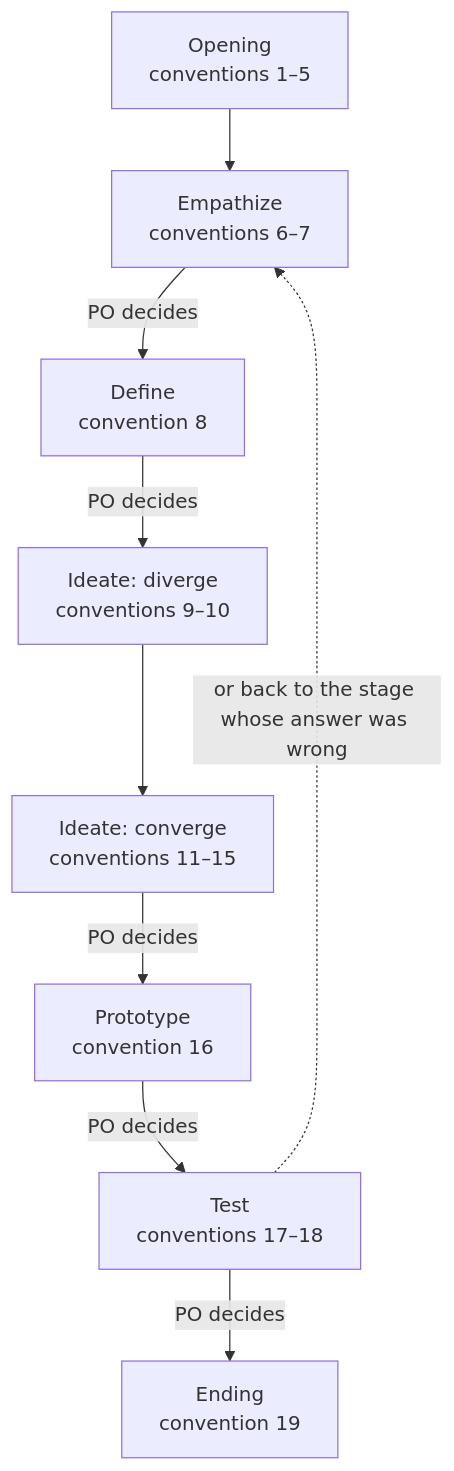
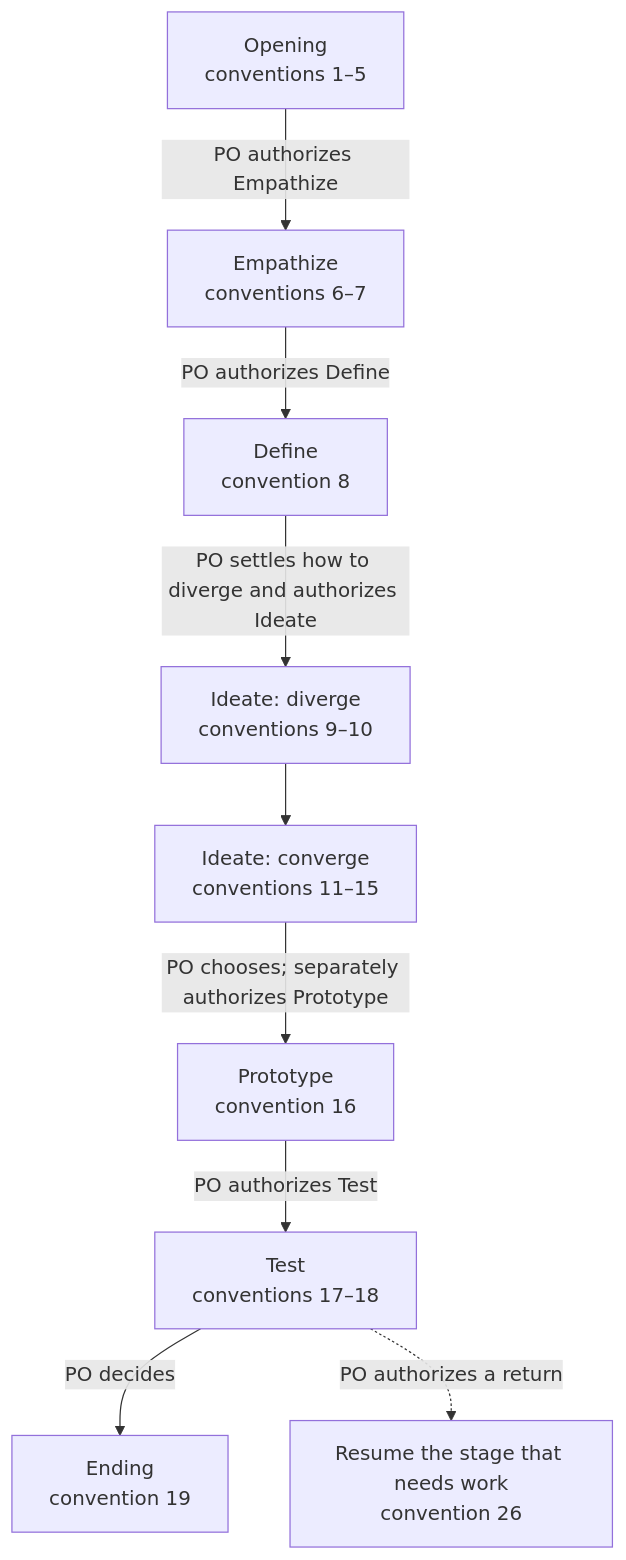
The diagram in plugins/ideo-scrum/skills/design-kernel/conventions/design-log.md (seapawn1/IDEO-Scrum), drawn with Mermaid before and after one commit. The commit also changed other lines of this file and 18 other files, not shown here.

````diff
--- a/plugins/ideo-scrum/skills/design-kernel/conventions/design-log.md
+++ b/plugins/ideo-scrum/skills/design-kernel/conventions/design-log.md
@@ -7,11 +7,11 @@
 ```mermaid
 flowchart TD
-    A["Opening<br/>conventions 1–5"] --> B["Empathize<br/>conventions 6–7"]
-    B -- "PO decides" --> C["Define<br/>convention 8"]
-    C -- "PO decides" --> D["Ideate: diverge<br/>conventions 9–10"]
+    A["Opening<br/>conventions 1–5"] -- "PO authorizes Empathize" --> B["Empathize<br/>conventions 6–7"]
+    B -- "PO authorizes Define" --> C["Define<br/>convention 8"]
+    C -- "PO settles how to diverge and authorizes Ideate" --> D["Ideate: diverge<br/>conventions 9–10"]
     D --> E["Ideate: converge<br/>conventions 11–15"]
-    E -- "PO decides" --> F["Prototype<br/>convention 16"]
-    F -- "PO decides" --> G["Test<br/>conventions 17–18"]
+    E -- "PO chooses; separately authorizes Prototype" --> F["Prototype<br/>convention 16"]
+    F -- "PO authorizes Test" --> G["Test<br/>conventions 17–18"]
     G -- "PO decides" --> H["Ending<br/>convention 19"]
-    G -. "or back to the stage whose answer was wrong" .-> B
+    G -. "PO authorizes a return" .-> R["Resume the stage that needs work<br/>convention 26"]
 ```
````
